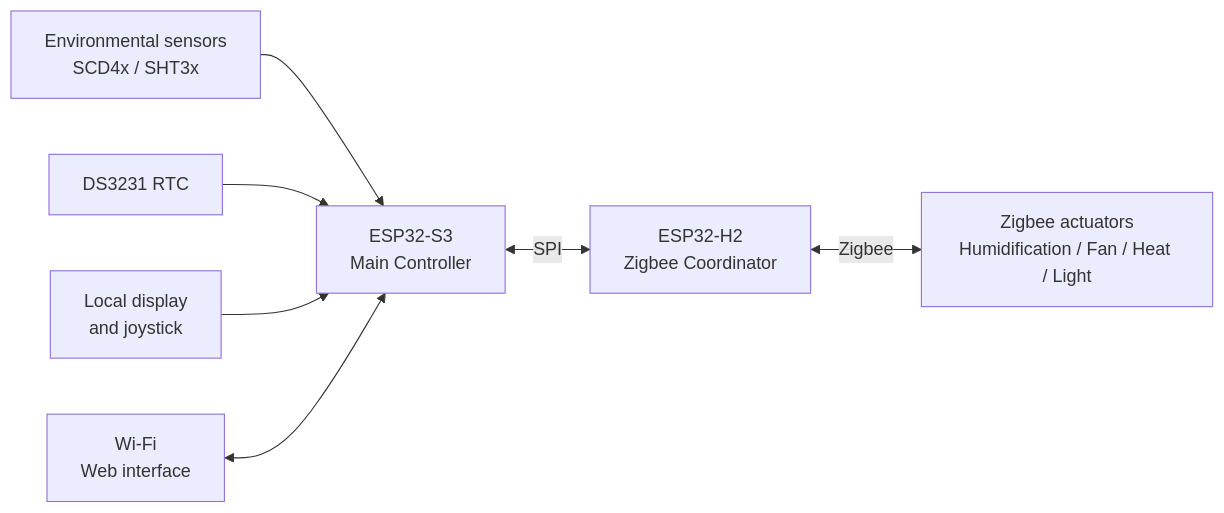
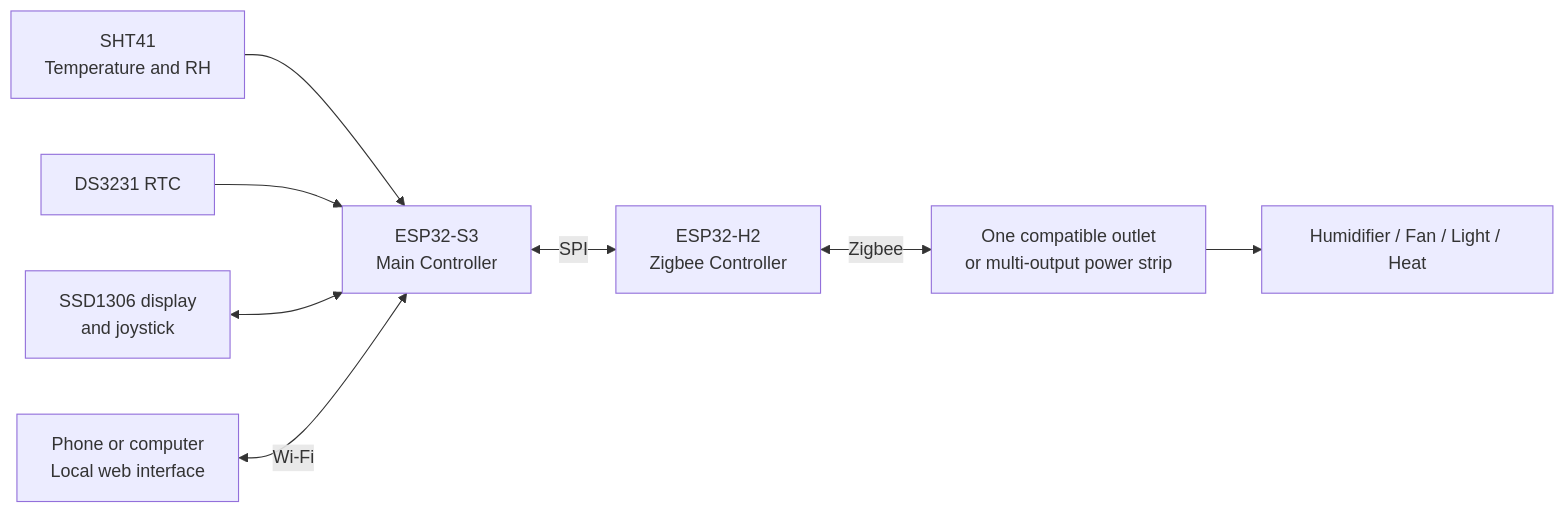
Before and after one commit to Moffefe/MycoBox: the diagram in docs/hardware-overview.md, drawn with Mermaid. The commit also changed other lines of this file and 12 other files, not shown here.

````diff
--- a/docs/hardware-overview.md
+++ b/docs/hardware-overview.md
@@ -13,25 +9,10 @@
 ```mermaid
 flowchart LR
-    SENSOR["Environmental sensors<br>SCD4x / SHT3x"]
-
-    RTC["DS3231 RTC"]
-
-    S3["ESP32-S3<br>Main Controller"]
-
-    DISPLAY["Local display<br>and joystick"]
-
-    WIFI["Wi-Fi<br>Web interface"]
-
-    H2["ESP32-H2<br>Zigbee Coordinator"]
-
-    ACTUATORS["Zigbee actuators<br>Humidification / Fan / Heat / Light"]
-
-    SENSOR --> S3
-    RTC --> S3
-    DISPLAY --> S3
-    WIFI <--> S3
-
-    S3 <-->|SPI| H2
-
-    H2 <-->|Zigbee| ACTUATORS
+    SENSOR["SHT41<br>Temperature and RH"] --> S3["ESP32-S3<br>Main Controller"]
+    RTC["DS3231 RTC"] --> S3
+    DISPLAY["SSD1306 display<br>and joystick"] <--> S3
+    BROWSER["Phone or computer<br>Local web interface"] <-->|Wi-Fi| S3
+    S3 <-->|SPI| H2["ESP32-H2<br>Zigbee Controller"]
+    H2 <-->|Zigbee| STRIP["One compatible outlet<br>or multi-output power strip"]
+    STRIP --> EQUIPMENT["Humidifier / Fan / Light / Heat"]
 ```
````
